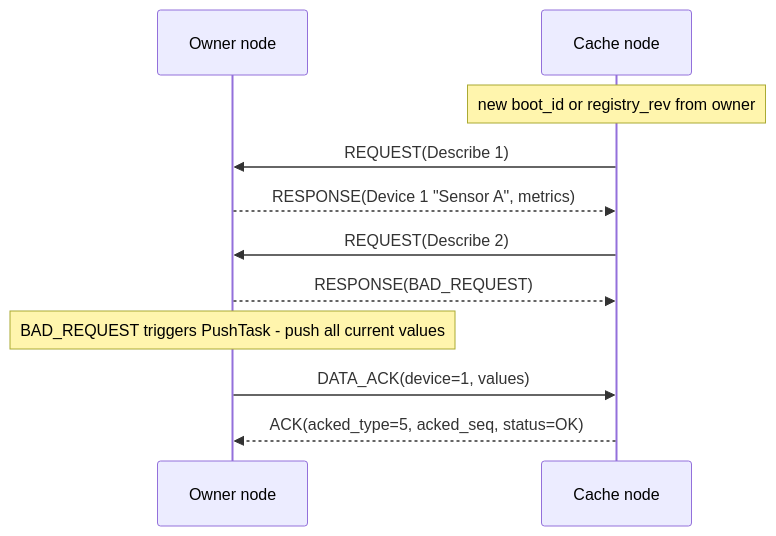
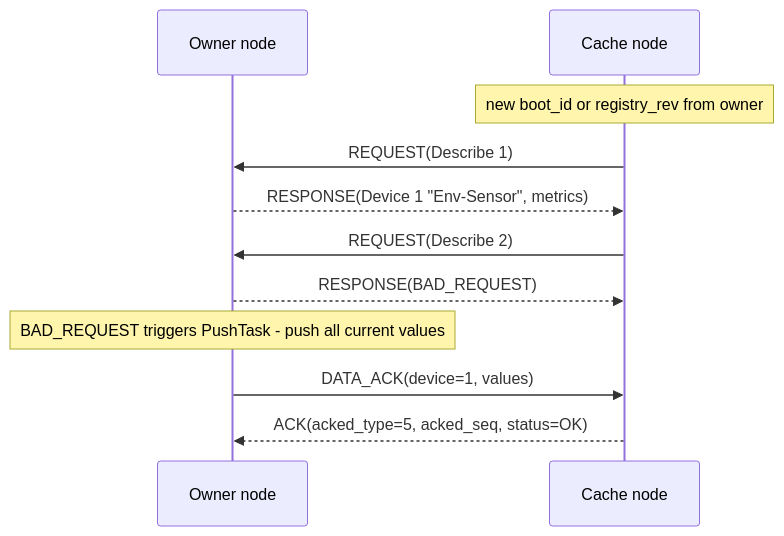
One commit to Warpguru/LoRaIoT changed the fourth of 9 diagrams in doc/LoRaProtocol.md. Above: the diagram before and after it, drawn with Mermaid. The commit also changed other lines of this file and 20 other files, not shown here.

````diff
--- a/doc/LoRaProtocol.md
+++ b/doc/LoRaProtocol.md
@@ -565,13 +565,13 @@
 ```mermaid
 sequenceDiagram
     participant owner as Owner node
     participant cache as Cache node
     Note over cache: new boot_id or registry_rev from owner
     cache->>owner: REQUEST(Describe 1)
-    owner-->>cache: RESPONSE(Device 1 "Sensor A", metrics)
+    owner-->>cache: RESPONSE(Device 1 "Env-Sensor", metrics)
     cache->>owner: REQUEST(Describe 2)
     owner-->>cache: RESPONSE(BAD_REQUEST)
     Note over owner: BAD_REQUEST triggers PushTask - push all current values
     owner->>cache: DATA_ACK(device=1, values)
     cache-->>owner: ACK(acked_type=5, acked_seq, status=OK)
 ```
````
